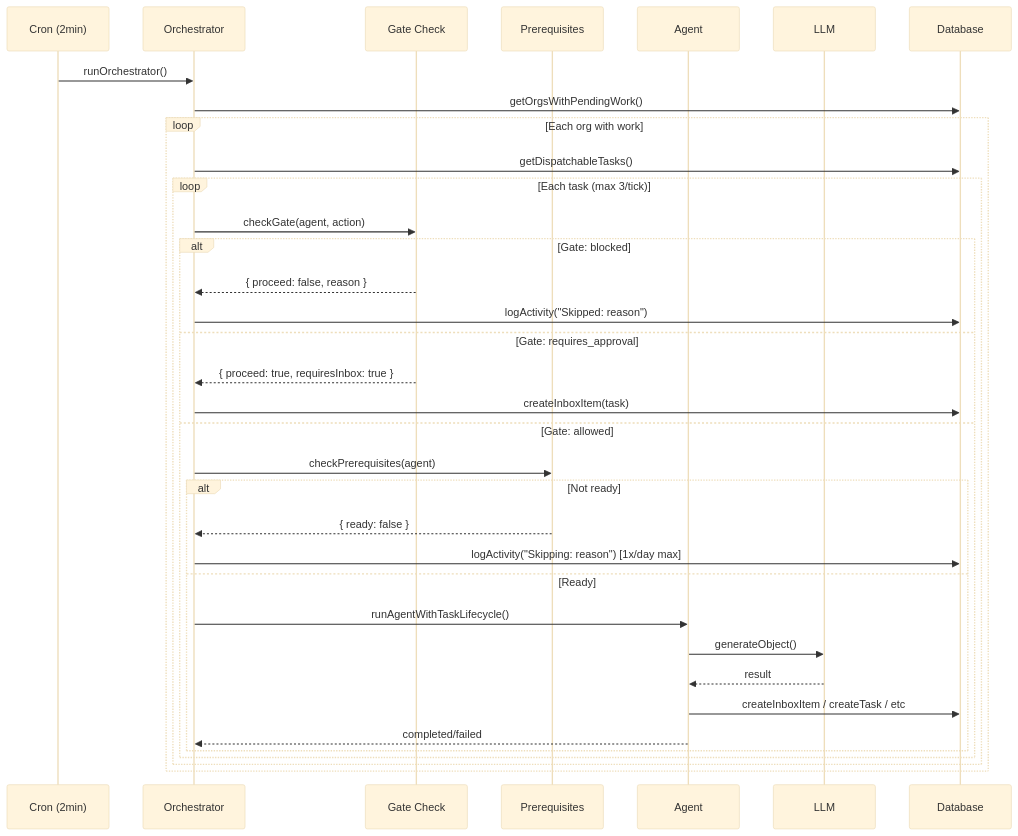
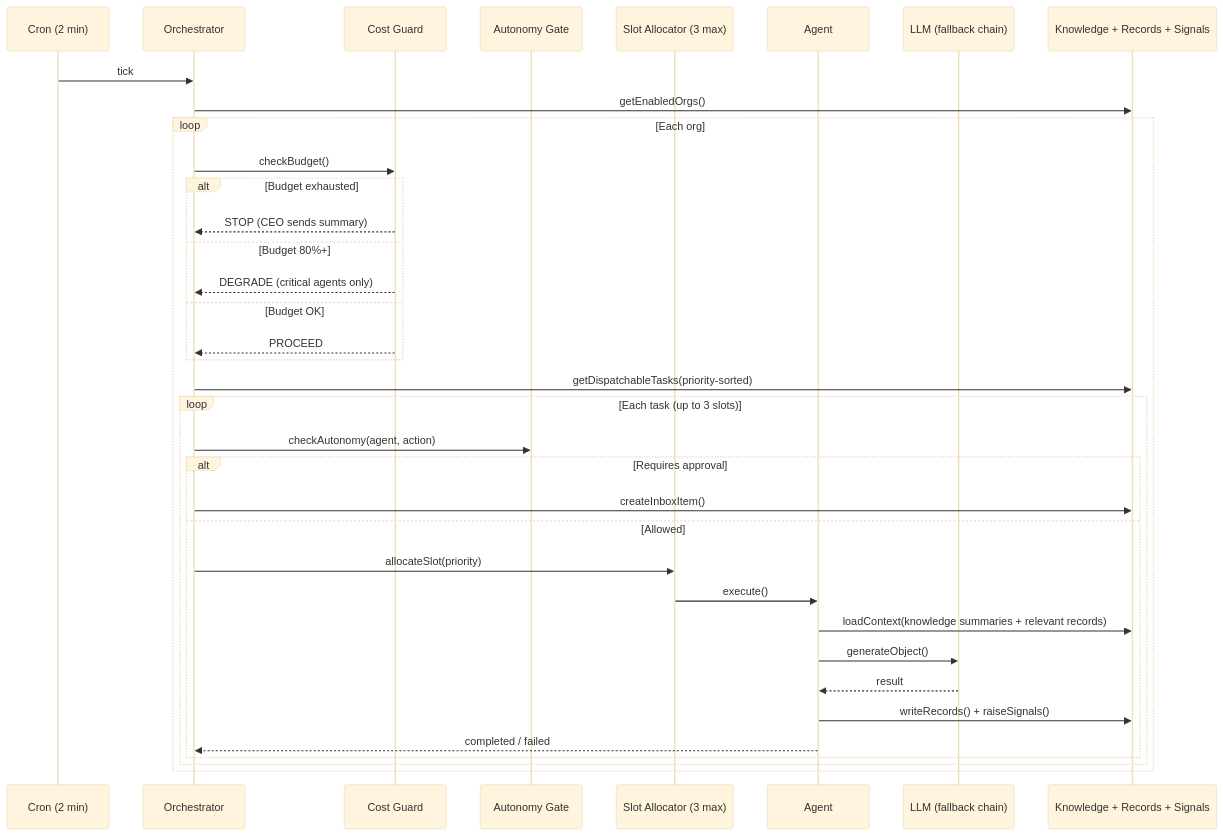
The fourth of 9 diagrams in docs/AUTOPILOT_ARCHITECTURE.md (damien-schneider/reflet), drawn with Mermaid (base theme) before and after one commit. The commit also changed other lines of this file and 11 other files, not shown here.

````diff
--- a/docs/AUTOPILOT_ARCHITECTURE.md
+++ b/docs/AUTOPILOT_ARCHITECTURE.md
@@ -55,38 +205,42 @@
 ```mermaid
 sequenceDiagram
-    participant Cron as Cron (2min)
+    participant Cron as Cron (2 min)
     participant Orch as Orchestrator
-    participant Gate as Gate Check
-    participant Prereq as Prerequisites
+    participant Budget as Cost Guard
+    participant Gate as Autonomy Gate
+    participant Slots as Slot Allocator (3 max)
     participant Agent as Agent
-    participant LLM as LLM
-    participant DB as Database
+    participant LLM as LLM (fallback chain)
+    participant DB as Knowledge + Records + Signals
 
-    Cron->>Orch: runOrchestrator()
-    Orch->>DB: getOrgsWithPendingWork()
-    loop Each org with work
-        Orch->>DB: getDispatchableTasks()
-        loop Each task (max 3/tick)
-            Orch->>Gate: checkGate(agent, action)
-            alt Gate: blocked
-                Gate-->>Orch: { proceed: false, reason }
-                Orch->>DB: logActivity("Skipped: reason")
-            else Gate: requires_approval
-                Gate-->>Orch: { proceed: true, requiresInbox: true }
-                Orch->>DB: createInboxItem(task)
-            else Gate: allowed
-                Orch->>Prereq: checkPrerequisites(agent)
-                alt Not ready
-                    Prereq-->>Orch: { ready: false }
-                    Orch->>DB: logActivity("Skipping: reason") [1x/day max]
-                else Ready
-                    Orch->>Agent: runAgentWithTaskLifecycle()
-                    Agent->>LLM: generateObject()
-                    LLM-->>Agent: result
-                    Agent->>DB: createInboxItem / createTask / etc
-                    Agent-->>Orch: completed/failed
-                end
+    Cron->>Orch: tick
+    Orch->>DB: getEnabledOrgs()
+
+    loop Each org
+        Orch->>Budget: checkBudget()
+        alt Budget exhausted
+            Budget-->>Orch: STOP (CEO sends summary)
+        else Budget 80%+
+            Budget-->>Orch: DEGRADE (critical agents only)
+        else Budget OK
+            Budget-->>Orch: PROCEED
+        end
+
+        Orch->>DB: getDispatchableTasks(priority-sorted)
+
+        loop Each task (up to 3 slots)
+            Orch->>Gate: checkAutonomy(agent, action)
+            alt Requires approval
+                Orch->>DB: createInboxItem()
+            else Allowed
+                Orch->>Slots: allocateSlot(priority)
+                Slots->>Agent: execute()
+                Agent->>DB: loadContext(knowledge summaries + relevant records)
+                Agent->>LLM: generateObject()
+                LLM-->>Agent: result
+                Agent->>DB: writeRecords() + raiseSignals()
+                Agent-->>Orch: completed / failed
             end
         end
     end
 ```
````
